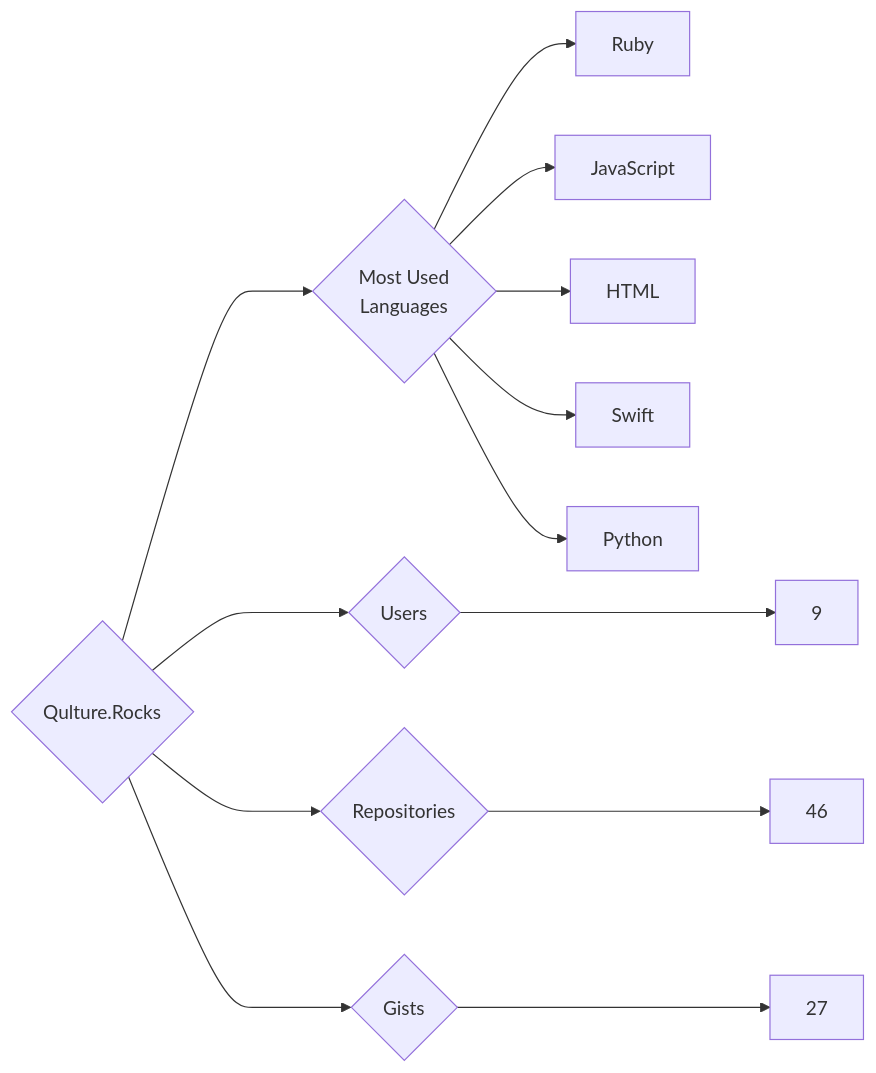
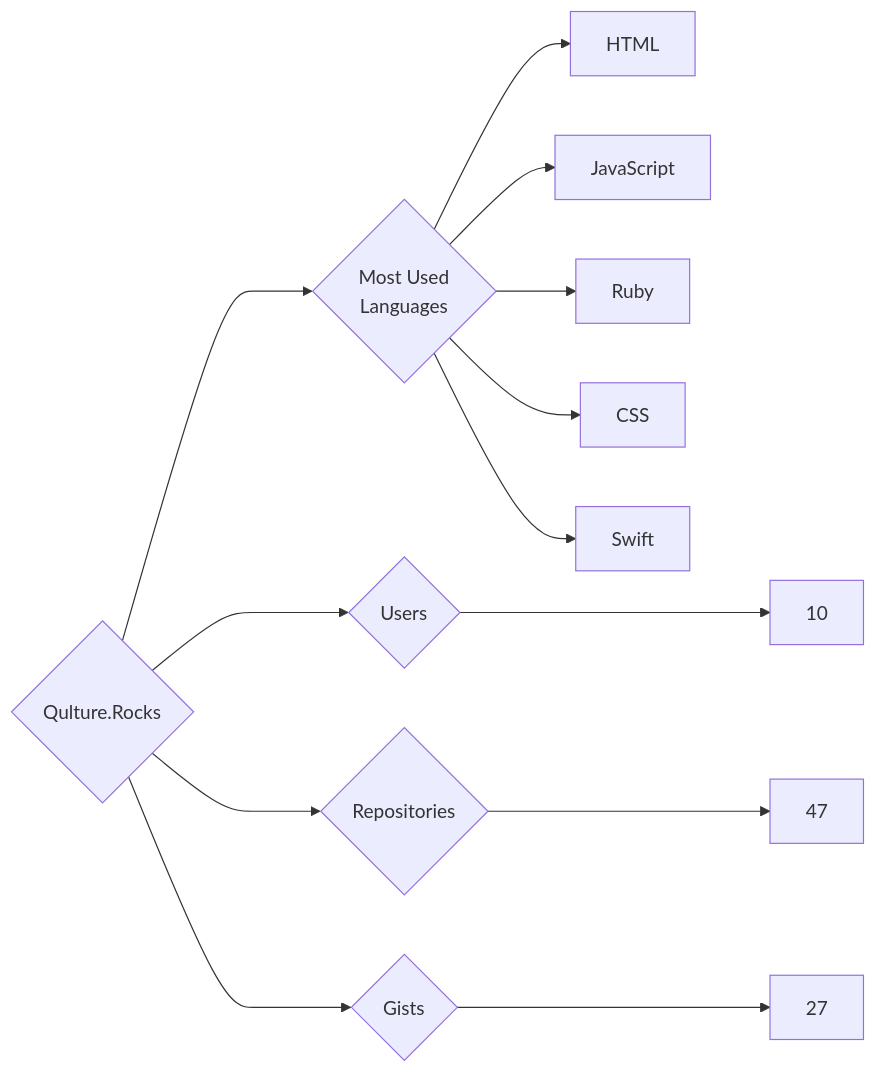
Before and after one commit to trickest/insiders: the diagram in targets/Qulture.Rocks/README.md, drawn with Mermaid. The commit also changed 912 other files, not shown here.

````diff
--- a/targets/Qulture.Rocks/README.md
+++ b/targets/Qulture.Rocks/README.md
@@ -3,13 +3,13 @@
 ```mermaid
 graph LR
 COMPANY_NAME{Qulture.Rocks}
-COMPANY_NAME ---> U{Users} ---> UN[9]
-COMPANY_NAME ---> R{Repositories} ---> RN[46]
+COMPANY_NAME ---> U{Users} ---> UN[10]
+COMPANY_NAME ---> R{Repositories} ---> RN[47]
 COMPANY_NAME ---> G{Gists} ---> GN[27]
 COMPANY_NAME ---> ML{Most Used<br>Languages}
+ML --> HTML[HTML]
+ML --> JavaScript[JavaScript]
 ML --> Ruby[Ruby]
-ML --> JavaScript[JavaScript]
-ML --> HTML[HTML]
+ML --> CSS[CSS]
 ML --> Swift[Swift]
-ML --> Python[Python]
 ```
````
